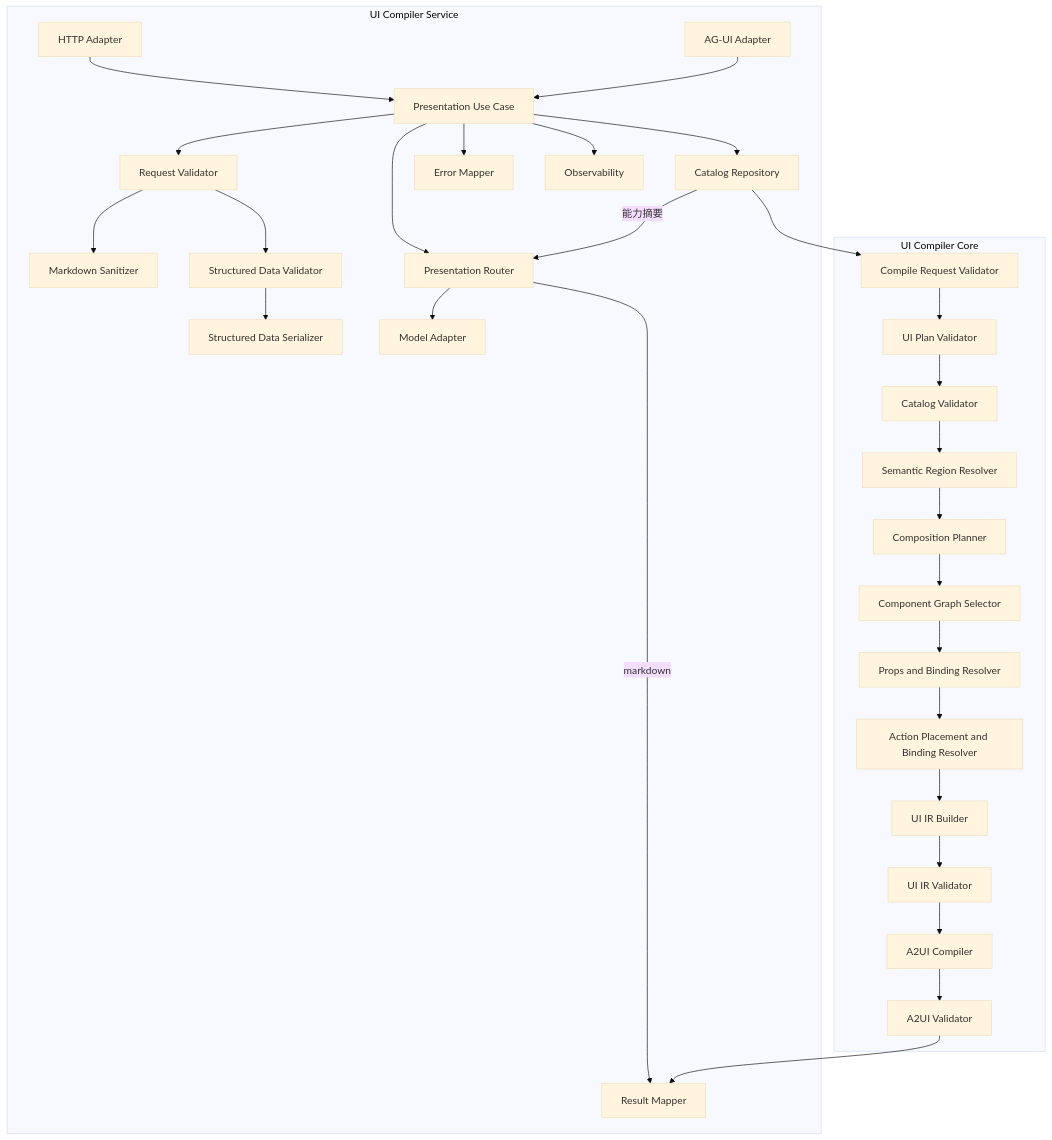
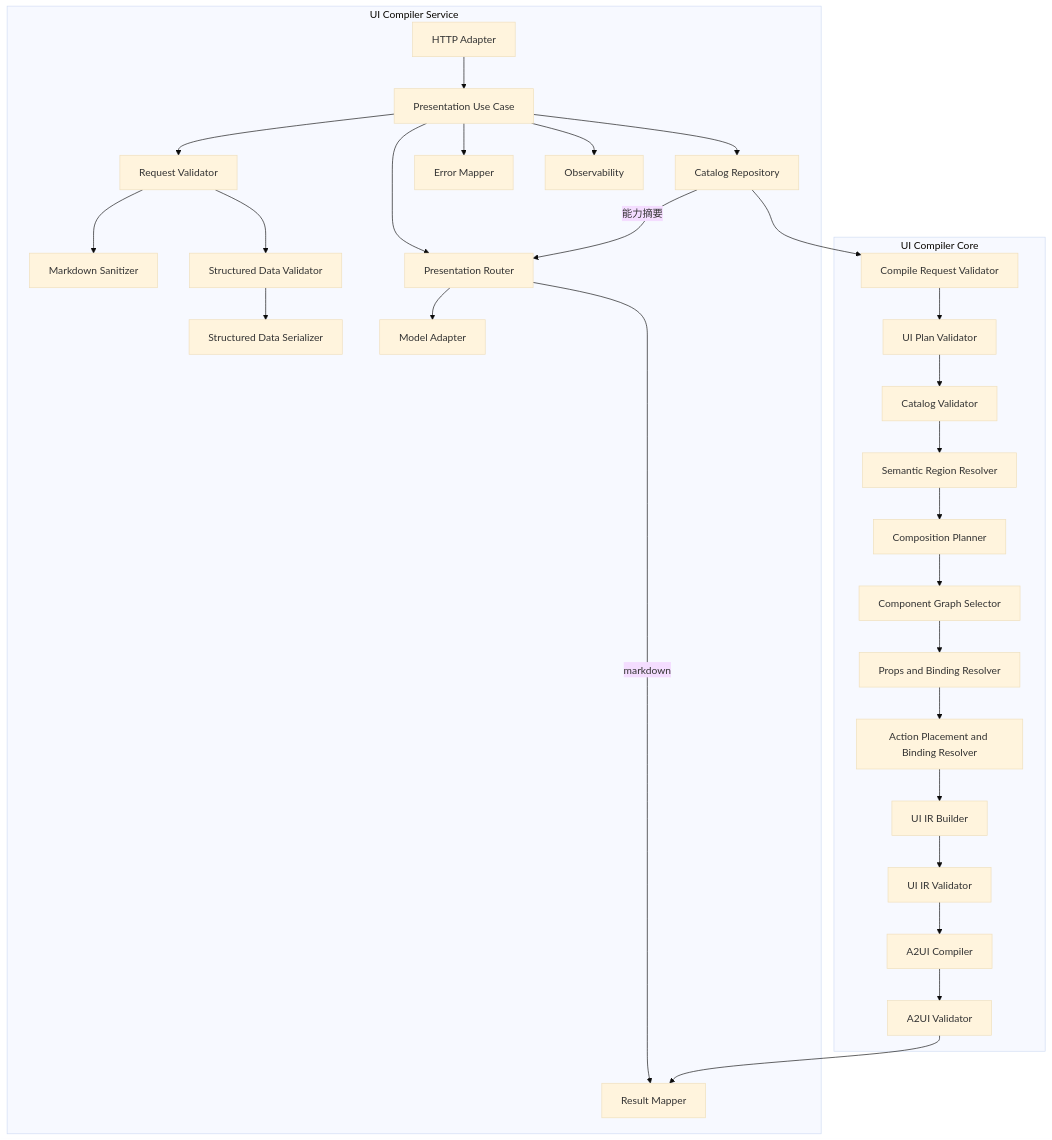
Before and after one commit to xiaoxiaoqian1217/generative-ui-platform: the second of 9 diagrams in docs/Generative_UI_Compiler_Design.md, drawn with Mermaid (base theme). The commit also changed other lines of this file and 6 other files, not shown here.

````diff
--- a/docs/Generative_UI_Compiler_Design.md
+++ b/docs/Generative_UI_Compiler_Design.md
@@ -165,60 +177,58 @@
 ```mermaid
 flowchart TB
     subgraph Service[UI Compiler Service]
         HTTP[HTTP Adapter]
-        AGUI[AG-UI Adapter]
         Orchestrator[Presentation Use Case]
         RequestValidator[Request Validator]
         MarkdownSanitizer[Markdown Sanitizer]
         DataValidator[Structured Data Validator]
         DataSerializer[Structured Data Serializer]
         Router[Presentation Router]
         ModelAdapter[Model Adapter]
         CatalogRepository[Catalog Repository]
         ResultMapper[Result Mapper]
         ErrorMapper[Error Mapper]
         Observability[Observability]
     end
 
     subgraph Core[UI Compiler Core]
         CompileValidator[Compile Request Validator]
         PlanValidator[UI Plan Validator]
         CatalogValidator[Catalog Validator]
         Resolver[Semantic Region Resolver]
         Composition[Composition Planner]
         Selector[Component Graph Selector]
         Props[Props and Binding Resolver]
         Actions[Action Placement and Binding Resolver]
         IRBuilder[UI IR Builder]
         IRValidator[UI IR Validator]
         A2UICompiler[A2UI Compiler]
         OutputValidator[A2UI Validator]
     end
 
     HTTP --> Orchestrator
-    AGUI --> Orchestrator
     Orchestrator --> RequestValidator
     RequestValidator --> DataValidator
     RequestValidator --> MarkdownSanitizer
     DataValidator --> DataSerializer
     Orchestrator --> CatalogRepository
     Orchestrator --> Router
     CatalogRepository -->|能力摘要| Router
     Router --> ModelAdapter
     Router -->|markdown| ResultMapper
     CatalogRepository --> CompileValidator
     CompileValidator --> PlanValidator
     PlanValidator --> CatalogValidator
     CatalogValidator --> Resolver
     Resolver --> Composition
     Composition --> Selector
     Selector --> Props
     Props --> Actions
     Actions --> IRBuilder
     IRBuilder --> IRValidator
     IRValidator --> A2UICompiler
     A2UICompiler --> OutputValidator
     OutputValidator --> ResultMapper
     Orchestrator --> ErrorMapper
     Orchestrator --> Observability
 ```
````
